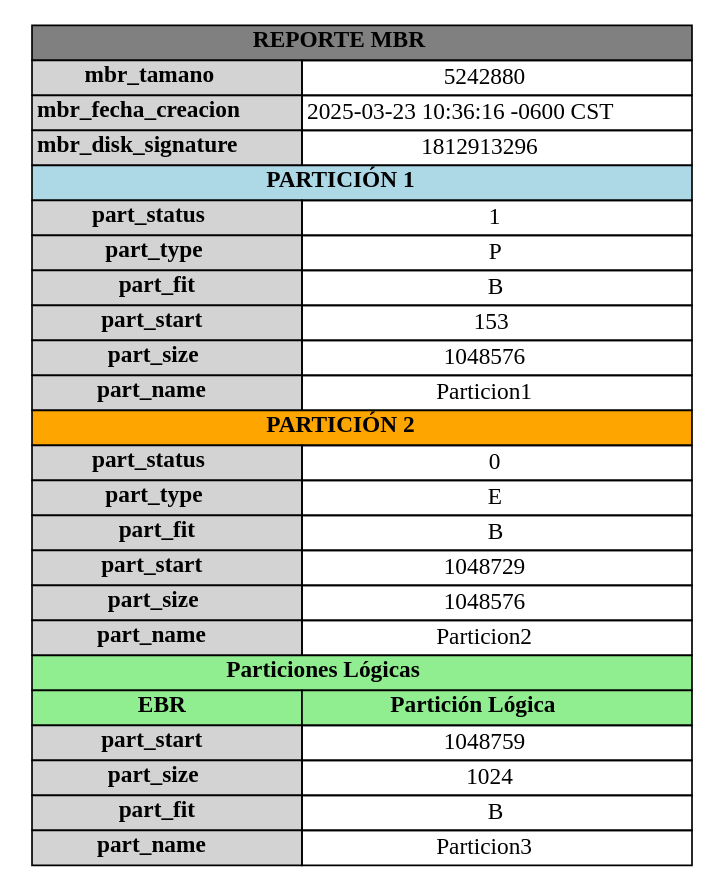
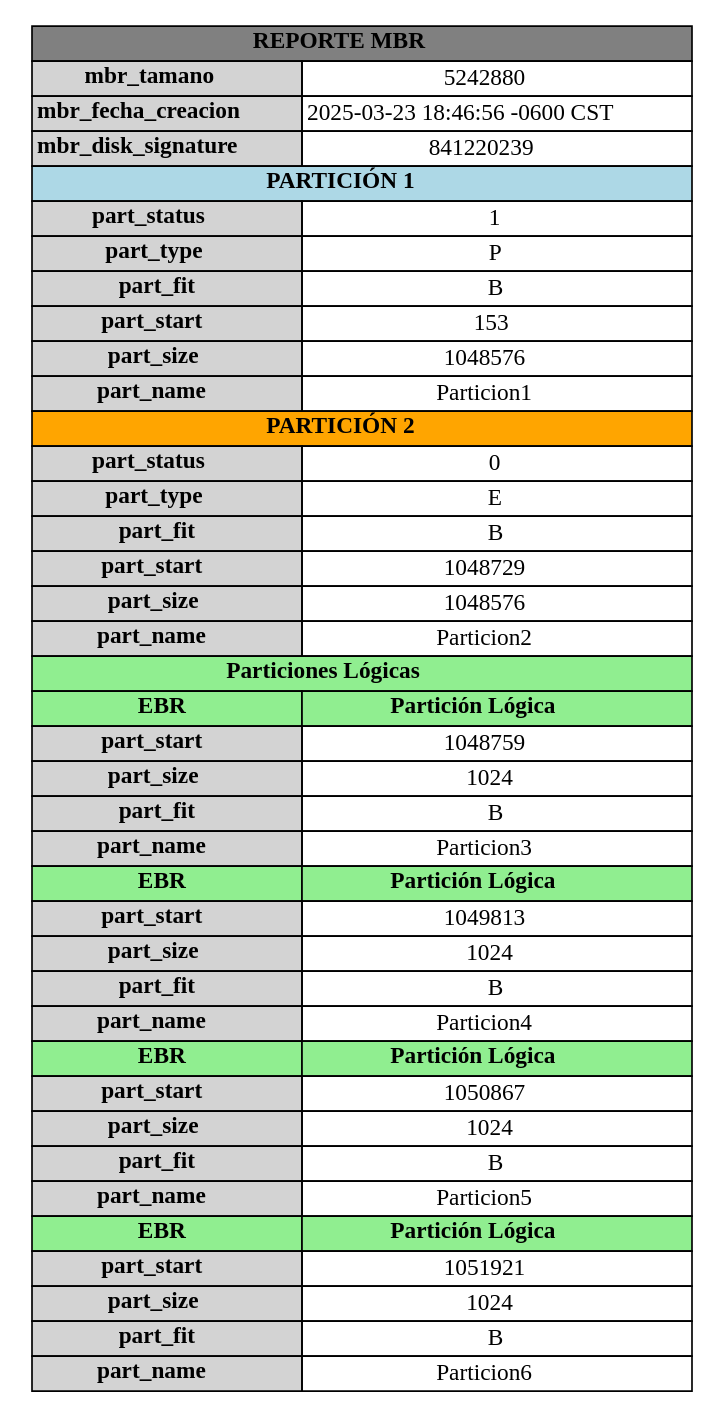
The diagram in backend/output/report_mbr.dot (Ennero/MIA_1S2025_P1_202302220), drawn with Graphviz before and after one commit. The commit also changed 14 other files, not shown here.

```diff
--- a/backend/output/report_mbr.dot
+++ b/backend/output/report_mbr.dot
@@ -1,31 +1,49 @@
 digraph G {
     node [shape=plaintext]
     tabla [label=<
         <table border="0" cellborder="1" cellspacing="0">
             <tr><td colspan="2" bgcolor="gray"><b> REPORTE MBR </b></td></tr>
             <tr><td bgcolor="lightgray"><b>mbr_tamano</b></td><td>5242880</td></tr>
-            <tr><td bgcolor="lightgray"><b>mbr_fecha_creacion</b></td><td>2025-03-23 10:36:16 -0600 CST</td></tr>
-            <tr><td bgcolor="lightgray"><b>mbr_disk_signature</b></td><td>1812913296</td></tr>
+            <tr><td bgcolor="lightgray"><b>mbr_fecha_creacion</b></td><td>2025-03-23 18:46:56 -0600 CST</td></tr>
+            <tr><td bgcolor="lightgray"><b>mbr_disk_signature</b></td><td>841220239</td></tr>
         
         <tr><td colspan="2" bgcolor="lightblue"><b> PARTICIÓN 1 </b></td></tr>
         <tr><td bgcolor="lightgray"><b>part_status</b></td><td>1</td></tr>
         <tr><td bgcolor="lightgray"><b>part_type</b></td><td>P</td></tr>
         <tr><td bgcolor="lightgray"><b>part_fit</b></td><td>B</td></tr>
         <tr><td bgcolor="lightgray"><b>part_start</b></td><td>153</td></tr>
         <tr><td bgcolor="lightgray"><b>part_size</b></td><td>1048576</td></tr>
         <tr><td bgcolor="lightgray"><b>part_name</b></td><td>Particion1</td></tr>
     
         <tr><td colspan="2" bgcolor="orange"><b> PARTICIÓN 2 </b></td></tr>
         <tr><td bgcolor="lightgray"><b>part_status</b></td><td>0</td></tr>
         <tr><td bgcolor="lightgray"><b>part_type</b></td><td>E</td></tr>
         <tr><td bgcolor="lightgray"><b>part_fit</b></td><td>B</td></tr>
         <tr><td bgcolor="lightgray"><b>part_start</b></td><td>1048729</td></tr>
         <tr><td bgcolor="lightgray"><b>part_size</b></td><td>1048576</td></tr>
         <tr><td bgcolor="lightgray"><b>part_name</b></td><td>Particion2</td></tr>
     <tr><td colspan="2" bgcolor="lightgreen"><b> Particiones Lógicas </b></td></tr>
 					<tr><td bgcolor="lightgreen"><b>EBR</b></td><td bgcolor="lightgreen"><b>Partición Lógica</b></td></tr>
                 <tr><td bgcolor="lightgray"><b>part_start</b></td><td>1048759</td></tr>
                 <tr><td bgcolor="lightgray"><b>part_size</b></td><td>1024</td></tr>
                 <tr><td bgcolor="lightgray"><b>part_fit</b></td><td>B</td></tr>
                 <tr><td bgcolor="lightgray"><b>part_name</b></td><td>Particion3</td></tr>
+				
+					<tr><td bgcolor="lightgreen"><b>EBR</b></td><td bgcolor="lightgreen"><b>Partición Lógica</b></td></tr>
+                <tr><td bgcolor="lightgray"><b>part_start</b></td><td>1049813</td></tr>
+                <tr><td bgcolor="lightgray"><b>part_size</b></td><td>1024</td></tr>
+                <tr><td bgcolor="lightgray"><b>part_fit</b></td><td>B</td></tr>
+                <tr><td bgcolor="lightgray"><b>part_name</b></td><td>Particion4</td></tr>
+				
+					<tr><td bgcolor="lightgreen"><b>EBR</b></td><td bgcolor="lightgreen"><b>Partición Lógica</b></td></tr>
+                <tr><td bgcolor="lightgray"><b>part_start</b></td><td>1050867</td></tr>
+                <tr><td bgcolor="lightgray"><b>part_size</b></td><td>1024</td></tr>
+                <tr><td bgcolor="lightgray"><b>part_fit</b></td><td>B</td></tr>
+                <tr><td bgcolor="lightgray"><b>part_name</b></td><td>Particion5</td></tr>
+				
+					<tr><td bgcolor="lightgreen"><b>EBR</b></td><td bgcolor="lightgreen"><b>Partición Lógica</b></td></tr>
+                <tr><td bgcolor="lightgray"><b>part_start</b></td><td>1051921</td></tr>
+                <tr><td bgcolor="lightgray"><b>part_size</b></td><td>1024</td></tr>
+                <tr><td bgcolor="lightgray"><b>part_fit</b></td><td>B</td></tr>
+                <tr><td bgcolor="lightgray"><b>part_name</b></td><td>Particion6</td></tr>
 				</table>>] }
```
